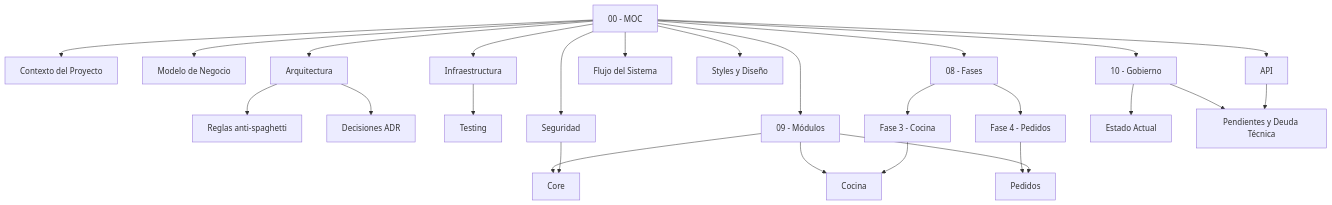
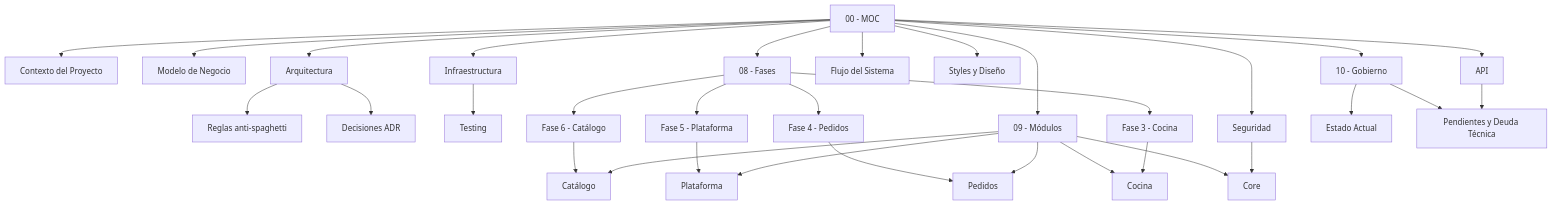
Before and after one commit to Giands96/servidOS-front: the diagram in notes/00 - MOC.md, drawn with Mermaid. The commit also changed other lines of this file and 10 other files, not shown here.

````diff
--- a/notes/00 - MOC.md
+++ b/notes/00 - MOC.md
@@ -58,28 +64,34 @@
 ```mermaid
 graph TD
     MOC[00 - MOC] --> Ctx[Contexto del Proyecto]
     MOC --> Neg[Modelo de Negocio]
     MOC --> Arq[Arquitectura]
     Arq --> Anti[Reglas anti-spaghetti]
     Arq --> ADR[Decisiones ADR]
     MOC --> Infra[Infraestructura]
     Infra --> Test[Testing]
     MOC --> Seg[Seguridad]
     MOC --> API[API]
     MOC --> Flujo[Flujo del Sistema]
     MOC --> Sty[Styles y Diseño]
     MOC --> Fases[08 - Fases]
     MOC --> Mods[09 - Módulos]
     Mods --> Core
     Mods --> Cocina
     Fases --> F3[Fase 3 - Cocina]
     F3 --> Cocina
     Fases --> F4[Fase 4 - Pedidos]
     F4 --> Pedidos
+    Fases --> F5[Fase 5 - Plataforma]
+    F5 --> Plataforma
+    Fases --> F6[Fase 6 - Catálogo]
+    F6 --> Catalogo[Catálogo]
     Mods --> Pedidos
+    Mods --> Plataforma
+    Mods --> Catalogo
     MOC --> Gob[10 - Gobierno]
     Gob --> Estado[Estado Actual]
     Gob --> Pend[Pendientes y Deuda Técnica]
     Seg --> Core
     API --> Pend
 ```
````
